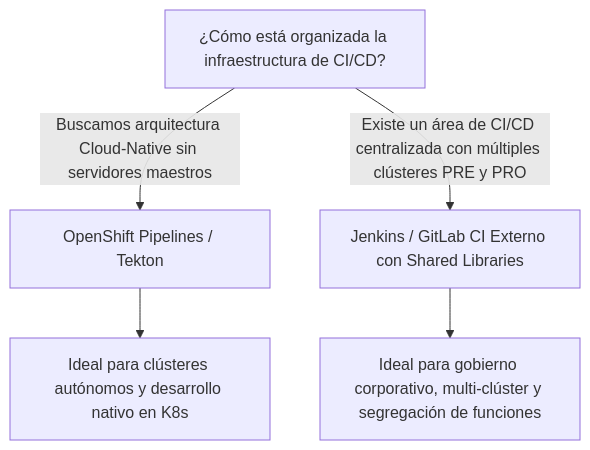
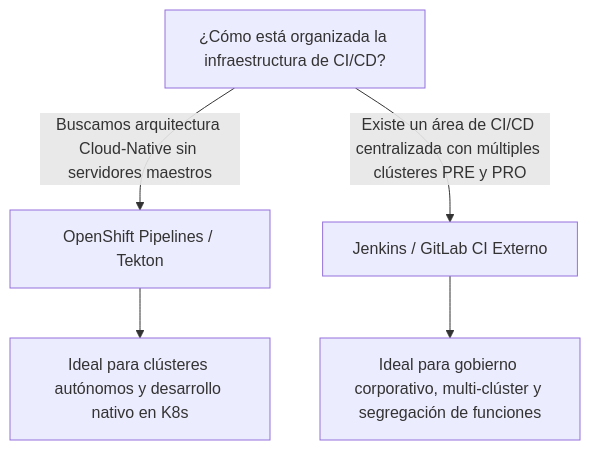
One commit to ieftraining/curso-openshift changed the fifth of 6 diagrams in docs/sesion4/4.7 Opciones de automatizacion.md. Above: the diagram before and after it, drawn with Mermaid. The commit also changed other lines of this file, not shown here.

````diff
--- a/docs/sesion4/4.7 Opciones de automatizacion.md
+++ b/docs/sesion4/4.7 Opciones de automatizacion.md
@@ -164,8 +163,8 @@
 ```mermaid
 flowchart TD
     A[¿Cómo está organizada la infraestructura de CI/CD?] -->|Buscamos arquitectura Cloud-Native sin servidores maestros| B[OpenShift Pipelines / Tekton]
-    A -->|Existe un área de CI/CD centralizada con múltiples clústeres PRE y PRO| C[Jenkins / GitLab CI Externo con Shared Libraries]
+    A -->|Existe un área de CI/CD centralizada con múltiples clústeres PRE y PRO| C[Jenkins / GitLab CI Externo]
     
     B --> B1[Ideal para clústeres autónomos y desarrollo nativo en K8s]
     C --> C1[Ideal para gobierno corporativo, multi-clúster y segregación de funciones]
 ```
````
